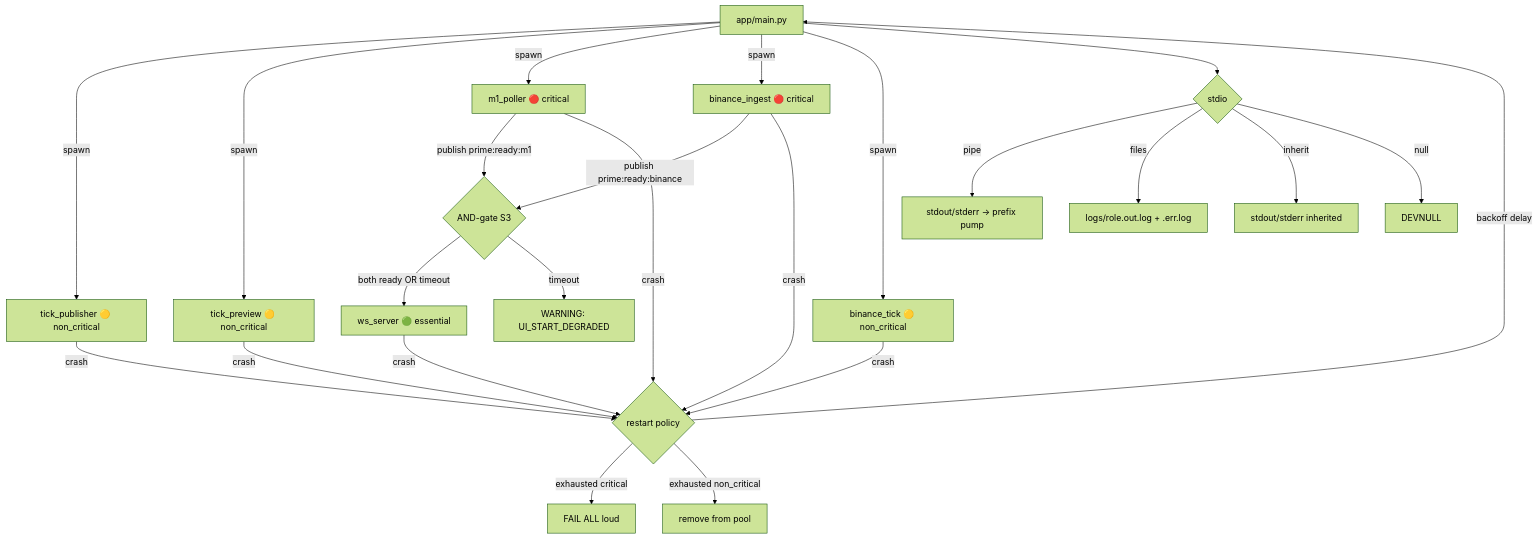
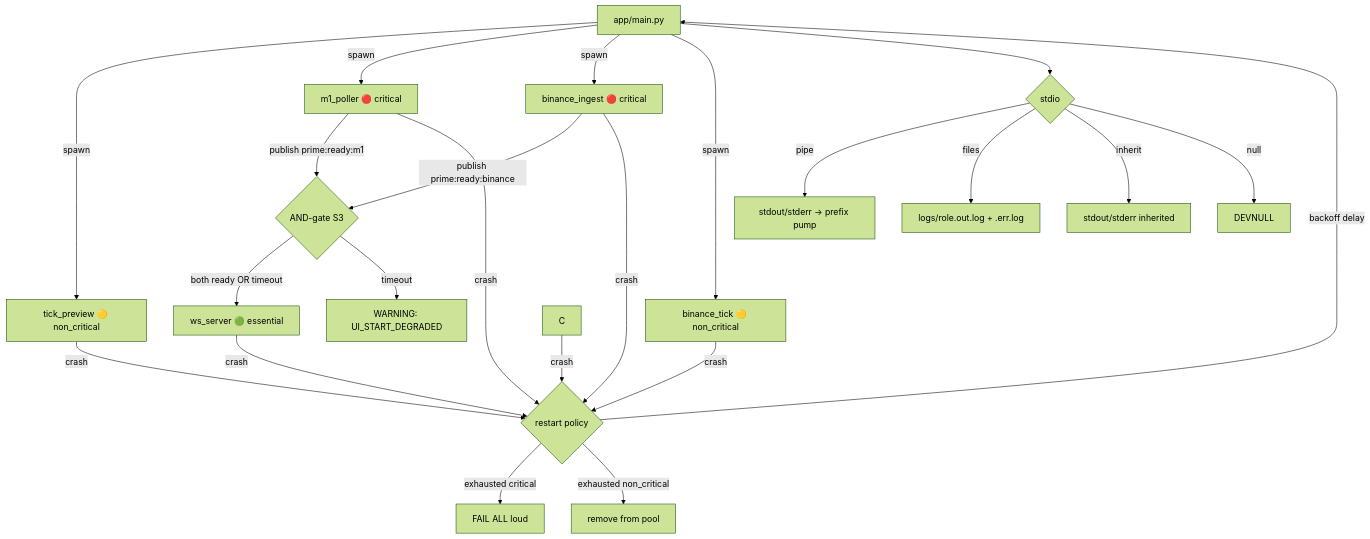
The tenth of 13 diagrams in docs/system_current_overview.md (Std07-1/v3), drawn with Mermaid (forest theme) before and after one commit. The commit also changed other lines of this file and 6 other files, not shown here.

Commit message:
feat: update broker_sidecar to integrate FXCM tick relay V2 and deprecate tick_publisher_fxcm

````diff
--- a/docs/system_current_overview.md
+++ b/docs/system_current_overview.md
@@ -528,26 +529,25 @@
 ```mermaid
 flowchart TD
-    A[app/main.py] -->|spawn| C[tick_publisher 🟡 non_critical]
-    A -->|spawn| D[tick_preview 🟡 non_critical]
+    A[app/main.py] -->|spawn| D[tick_preview 🟡 non_critical]
     A -->|spawn| E[m1_poller 🔴 critical]
     A -->|spawn| BI[binance_ingest 🔴 critical]
     A -->|spawn| BT[binance_tick 🟡 non_critical]
     E -->|publish prime:ready:m1| PR
     BI -->|publish prime:ready:binance| PR{AND-gate S3}
     PR -->|both ready OR timeout| F[ws_server 🟢 essential]
     PR -->|timeout| W[WARNING: UI_START_DEGRADED]
     C -->|crash| R{restart policy}
     D -->|crash| R
     E -->|crash| R
     BI -->|crash| R
     BT -->|crash| R
     F -->|crash| R
     R -->|backoff delay| A
     R -->|exhausted critical| X[FAIL ALL loud]
     R -->|exhausted non_critical| Y[remove from pool]
     A --> G{stdio}
     G -->|pipe| H[stdout/stderr -> prefix pump]
     G -->|files| I[logs/role.out.log + .err.log]
     G -->|inherit| J[stdout/stderr inherited]
     G -->|null| K[DEVNULL]
 ```
````
